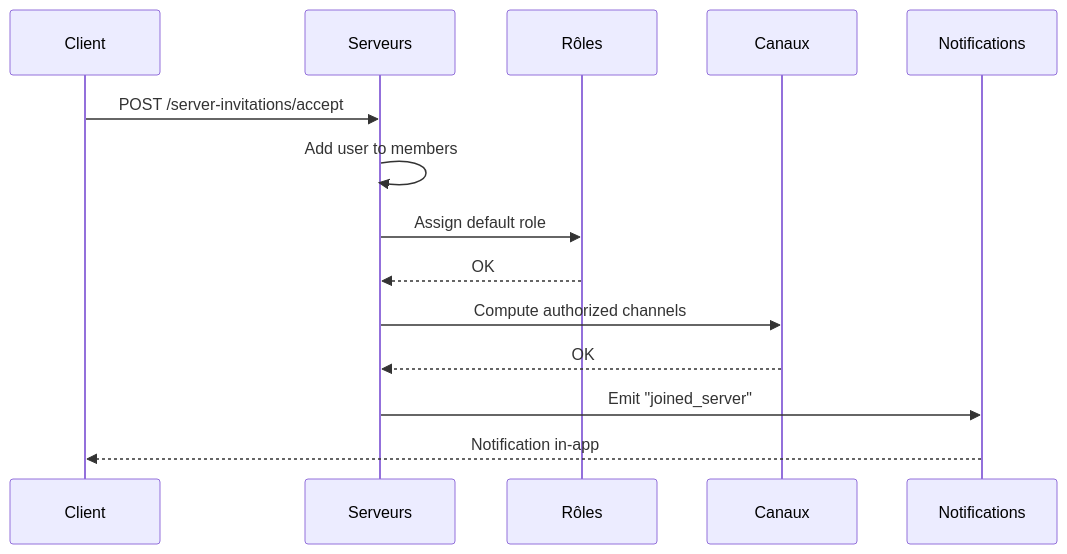
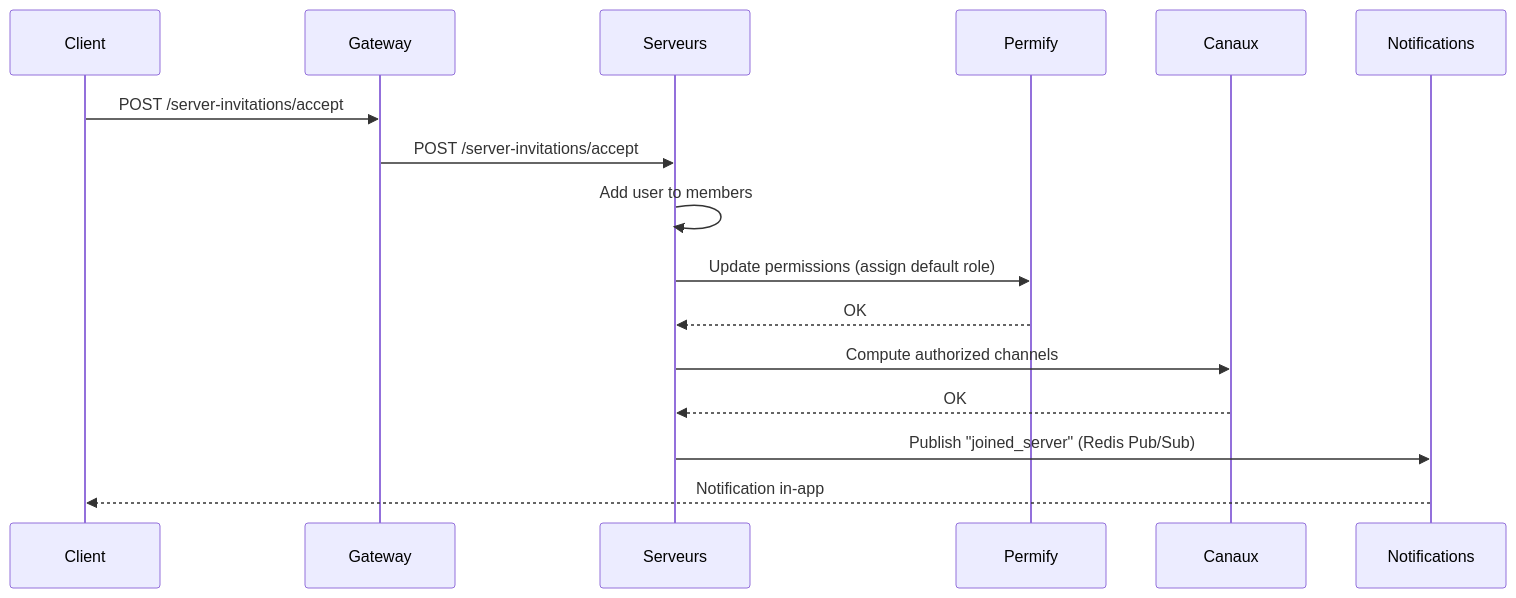
One commit to Razano26/Beep-TAD.AM changed the third of 4 diagrams in vue_logique/02-flux.adoc. Above: the diagram before and after it, drawn with Mermaid. The commit also changed other lines of this file and 4 other files, not shown here.

Commit message:
feat: Enhance Beep application documentation by adding detailed sequence diagrams for user case scenarios, refining business rules, and clarifying service interactions for improved understanding and usability

```diff
--- a/vue_logique/02-flux.adoc
+++ b/vue_logique/02-flux.adoc
@@ -99,18 +91,20 @@
 [mermaid]
 ----
 sequenceDiagram
     participant Client
+    participant Gateway
     participant Serveurs
-    participant Rôles
+    participant Permify
     participant Canaux
     participant Notifications
 
-    Client->>Serveurs: POST /server-invitations/accept
+    Client->>Gateway: POST /server-invitations/accept
+    Gateway->>Serveurs: POST /server-invitations/accept
     Serveurs->>Serveurs: Add user to members
-    Serveurs->>Rôles: Assign default role
-    Rôles-->>Serveurs: OK
+    Serveurs->>Permify: Update permissions (assign default role)
+    Permify-->>Serveurs: OK
     Serveurs->>Canaux: Compute authorized channels
     Canaux-->>Serveurs: OK
-    Serveurs->>Notifications: Emit "joined_server"
+    Serveurs->>Notifications: Publish "joined_server" (Redis Pub/Sub)
     Notifications-->>Client: Notification in-app
 ----
```
